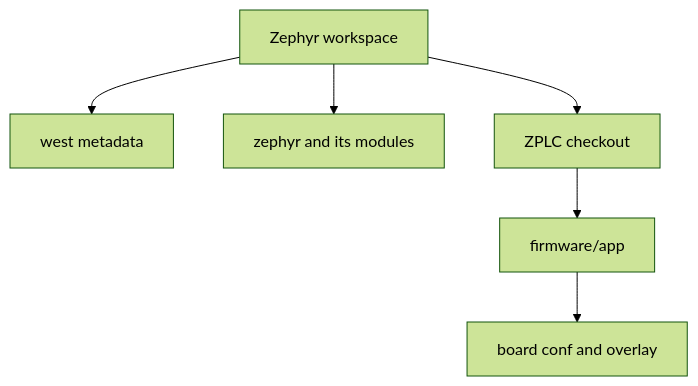
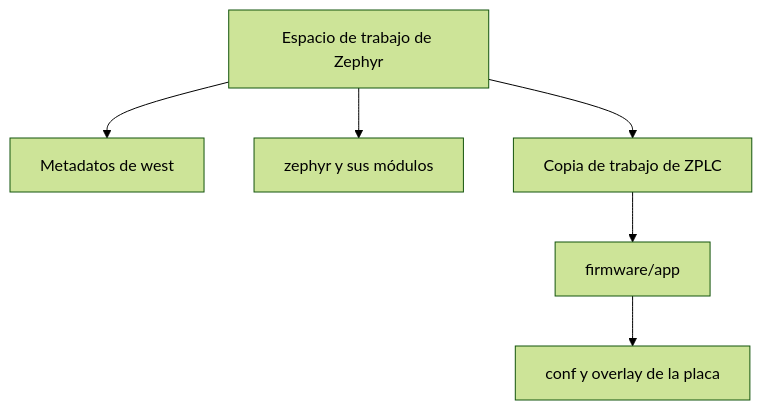
The diagram in docs/i18n/es/docusaurus-plugin-content-docs/current/reference/zephyr-workspace-setup.md (eduardojvieira/ZPLC), drawn with Mermaid (forest theme) before and after one commit. The commit also changed 2 other files, not shown here.

Commit message:
docs(es): review the hand-written reference pages against the English text

````diff
--- a/docs/i18n/es/docusaurus-plugin-content-docs/current/reference/zephyr-workspace-setup.md
+++ b/docs/i18n/es/docusaurus-plugin-content-docs/current/reference/zephyr-workspace-setup.md
@@ -37,9 +37,9 @@
 ```mermaid
 flowchart TD
-  ROOT[Zephyr workspace]
-  ROOT --> WEST[west metadata]
-  ROOT --> ZEPHYR[zephyr and its modules]
-  ROOT --> ZPLC[ZPLC checkout]
+  ROOT[Espacio de trabajo de Zephyr]
+  ROOT --> WEST[Metadatos de west]
+  ROOT --> ZEPHYR[zephyr y sus módulos]
+  ROOT --> ZPLC[Copia de trabajo de ZPLC]
   ZPLC --> APP[firmware/app]
-  APP --> BOARDS[board conf and overlay]
+  APP --> BOARDS[conf y overlay de la placa]
 ```
````
